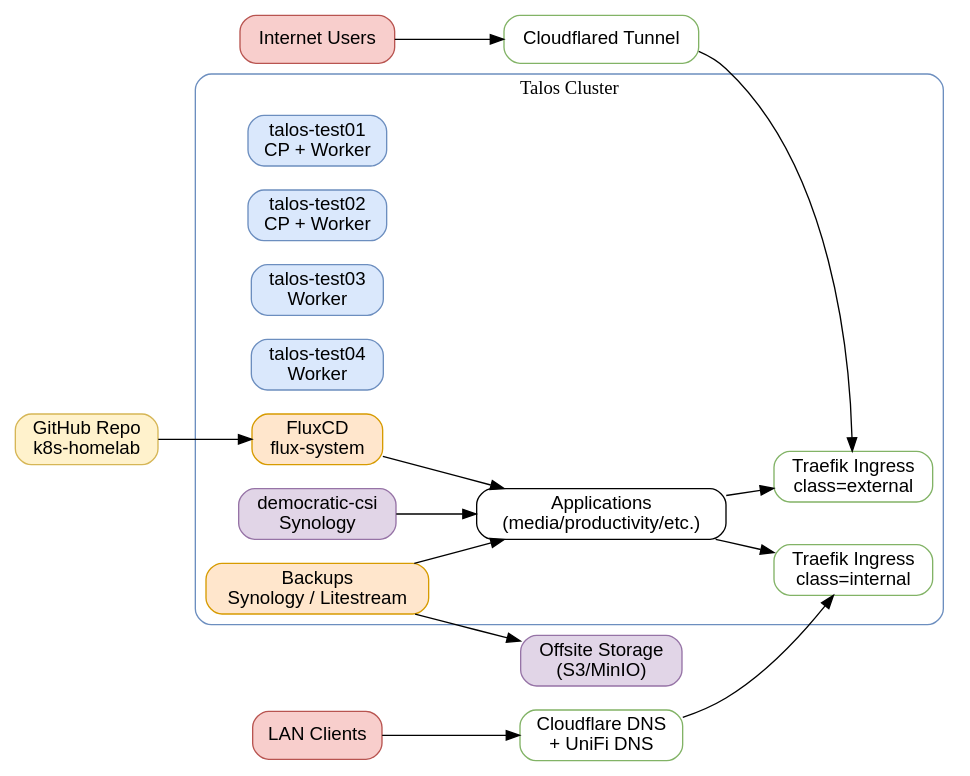
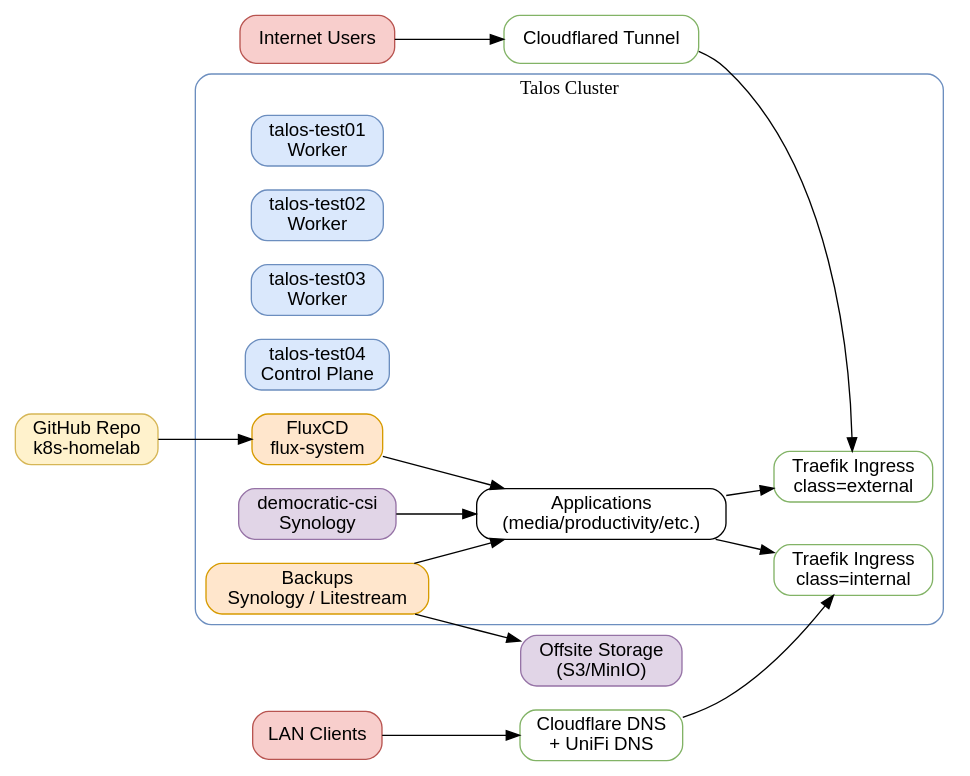
Before and after one commit to tuxpeople/k8s-homelab: the diagram in docs/architecture.dot, drawn with Graphviz. The commit also changed 5 other files, not shown here.

Commit message:
docs(talos): record completed SSD and control plane migration

```diff
--- a/docs/architecture.dot
+++ b/docs/architecture.dot
@@ -1,56 +1,56 @@
 digraph Homelab {
   rankdir=LR;
   node [shape=rectangle style="rounded,filled" fontname="Helvetica"];
 
   subgraph cluster_talos {
     label="Talos Cluster";
     color="#6C8EBF";
     style="rounded";
     node [fillcolor="#DAE8FC" color="#6C8EBF"];
-    talos1 [label="talos-test01\nCP + Worker"];
-    talos2 [label="talos-test02\nCP + Worker"];
+    talos1 [label="talos-test01\nWorker"];
+    talos2 [label="talos-test02\nWorker"];
     talos3 [label="talos-test03\nWorker"];
-    talos4 [label="talos-test04\nWorker"];
+    talos4 [label="talos-test04\nControl Plane"];
 
     node [fillcolor="#FFE6CC" color="#D79B00"];
     flux [label="FluxCD\nflux-system"];
     backups [label="Backups\nSynology / Litestream"];
 
     node [fillcolor="#FFFFFF" color="#82B366"];
     ingress_ext [label="Traefik Ingress\nclass=external"];
     ingress_int [label="Traefik Ingress\nclass=internal"];
 
     node [fillcolor="#E1D5E7" color="#9673A6"];
     storage [label="democratic-csi\nSynology"];
 
     node [fillcolor="#FFFFFF" color="#000000"];
     apps [label="Applications\n(media/productivity/etc.)"];
   }
 
   node [fillcolor="#FFF2CC" color="#D6B656"];
   github [label="GitHub Repo\nk8s-homelab"];
 
   node [fillcolor="#F8CECC" color="#B85450"];
   pubusers [label="Internet Users"];
   lanusers [label="LAN Clients"];
 
   node [fillcolor="#FFFFFF" color="#82B366"];
   cloudflared [label="Cloudflared Tunnel"];
   dns [label="Cloudflare DNS\n+ UniFi DNS"];
 
   node [fillcolor="#E1D5E7" color="#9673A6"];
   offsite [label="Offsite Storage\n(S3/MinIO)"];
 
   github -> flux -> apps;
   storage -> apps;
   apps -> ingress_ext;
   apps -> ingress_int;
   cloudflared -> ingress_ext;
   dns -> ingress_int;
 
   pubusers -> cloudflared;
   lanusers -> dns;
 
   backups -> offsite;
   backups -> apps;
 }
```
